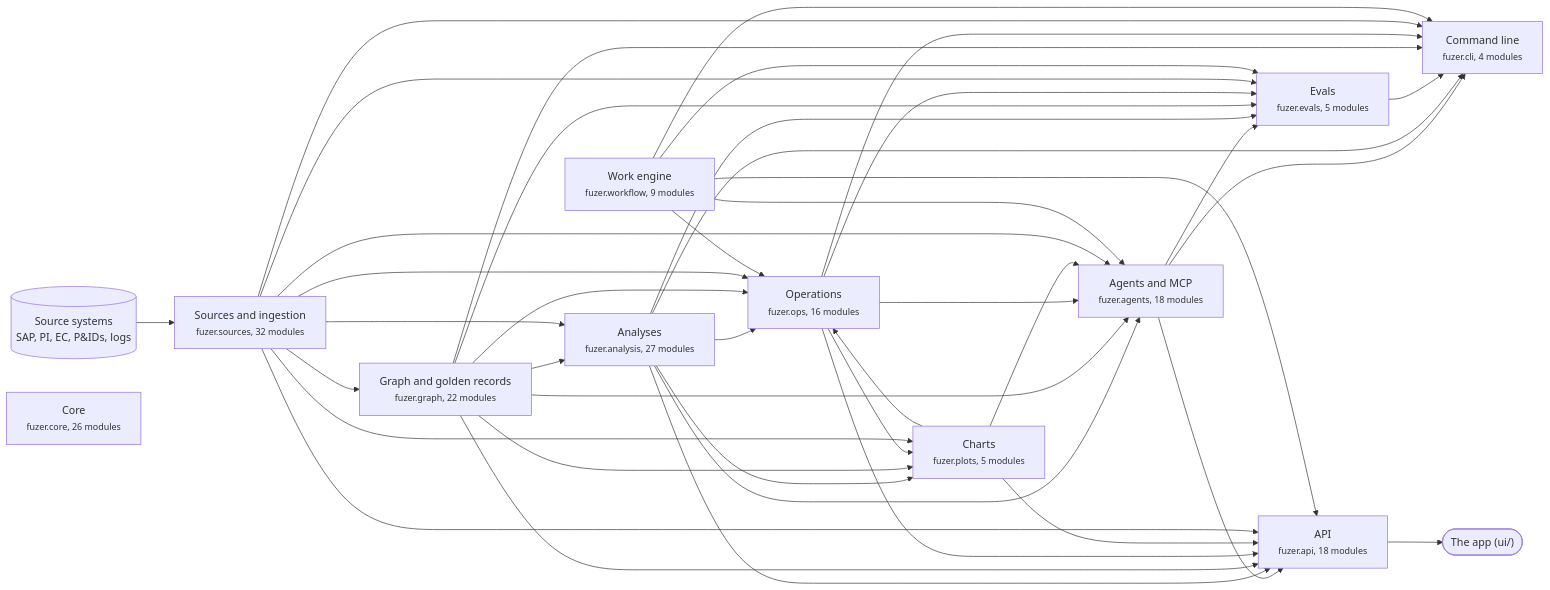
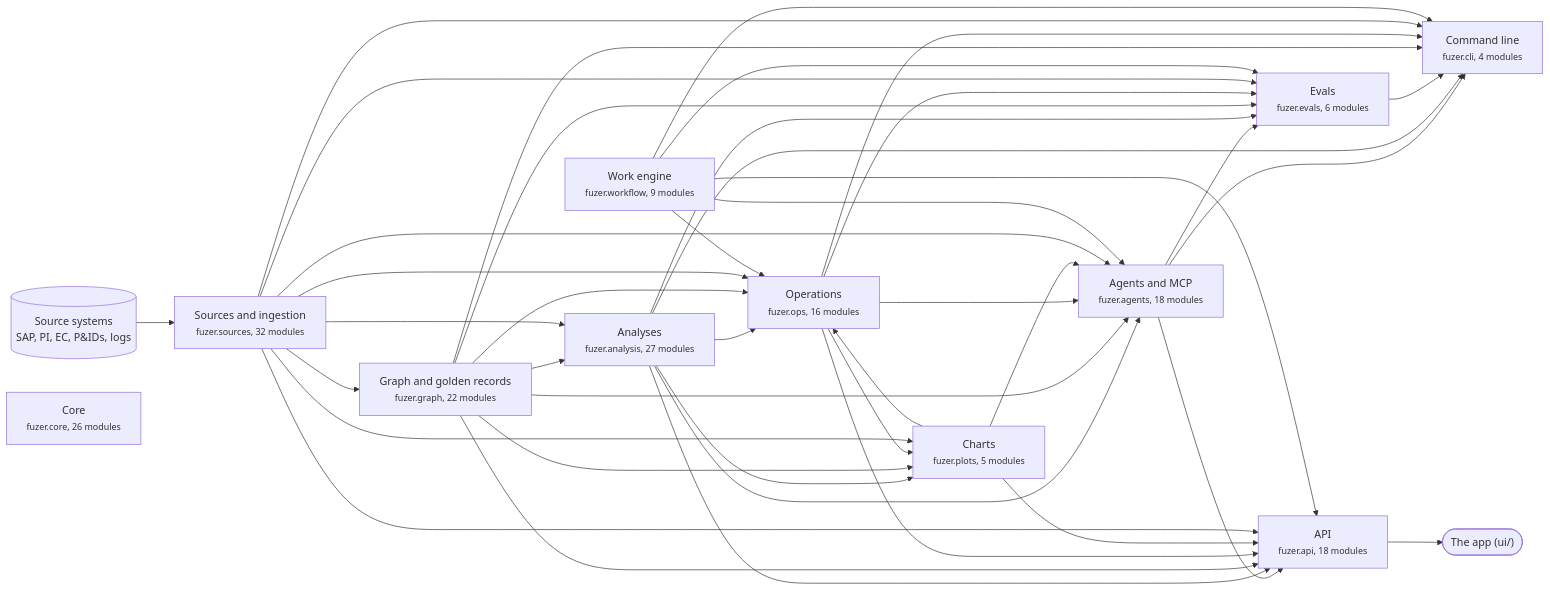
Before and after one commit to areed145/fuzer: the first of 3 diagrams in docs/architecture.md, drawn with Mermaid. The commit also changed other lines of this file and 11 other files, not shown here.

````diff
--- a/docs/architecture.md
+++ b/docs/architecture.md
@@ -8,66 +8,66 @@
 ```mermaid
 flowchart LR
   systems[("Source systems<br>SAP, PI, EC, P&IDs, logs")] --> c_sources
   app(["The app (ui/)"])
   c_api --> app
   c_sources["Sources and ingestion<br><small>fuzer.sources, 32 modules</small>"]
   c_graph["Graph and golden records<br><small>fuzer.graph, 22 modules</small>"]
   c_analysis["Analyses<br><small>fuzer.analysis, 27 modules</small>"]
   c_ops["Operations<br><small>fuzer.ops, 16 modules</small>"]
   c_plots["Charts<br><small>fuzer.plots, 5 modules</small>"]
   c_workflow["Work engine<br><small>fuzer.workflow, 9 modules</small>"]
   c_agents["Agents and MCP<br><small>fuzer.agents, 18 modules</small>"]
-  c_evals["Evals<br><small>fuzer.evals, 5 modules</small>"]
+  c_evals["Evals<br><small>fuzer.evals, 6 modules</small>"]
   c_api["API<br><small>fuzer.api, 18 modules</small>"]
   c_cli["Command line<br><small>fuzer.cli, 4 modules</small>"]
   c_core["Core<br><small>fuzer.core, 26 modules</small>"]
   c_sources --> c_graph
   c_graph --> c_analysis
   c_sources --> c_analysis
   c_analysis --> c_ops
   c_graph --> c_ops
   c_plots --> c_ops
   c_sources --> c_ops
   c_workflow --> c_ops
   c_analysis --> c_plots
   c_graph --> c_plots
   c_ops --> c_plots
   c_sources --> c_plots
   c_analysis --> c_agents
   c_graph --> c_agents
   c_ops --> c_agents
   c_plots --> c_agents
   c_sources --> c_agents
   c_workflow --> c_agents
   c_agents --> c_evals
   c_analysis --> c_evals
   c_graph --> c_evals
   c_ops --> c_evals
   c_sources --> c_evals
   c_workflow --> c_evals
   c_agents --> c_api
   c_analysis --> c_api
   c_graph --> c_api
   c_ops --> c_api
   c_plots --> c_api
   c_sources --> c_api
   c_workflow --> c_api
   c_agents --> c_cli
   c_analysis --> c_cli
   c_evals --> c_cli
   c_graph --> c_cli
   c_ops --> c_cli
   c_sources --> c_cli
   c_workflow --> c_cli
   click c_sources "https://github.com/areed145/fuzer/tree/main/src/fuzer/sources"
   click c_graph "https://github.com/areed145/fuzer/tree/main/src/fuzer/graph"
   click c_analysis "https://github.com/areed145/fuzer/tree/main/src/fuzer/analysis"
   click c_ops "https://github.com/areed145/fuzer/tree/main/src/fuzer/ops"
   click c_plots "https://github.com/areed145/fuzer/tree/main/src/fuzer/plots"
   click c_workflow "https://github.com/areed145/fuzer/tree/main/src/fuzer/workflow"
   click c_agents "https://github.com/areed145/fuzer/tree/main/src/fuzer/agents"
   click c_evals "https://github.com/areed145/fuzer/tree/main/src/fuzer/evals"
   click c_api "https://github.com/areed145/fuzer/tree/main/src/fuzer/api"
   click c_cli "https://github.com/areed145/fuzer/tree/main/src/fuzer/cli"
   click c_core "https://github.com/areed145/fuzer/tree/main/src/fuzer/core"
 ```
````
